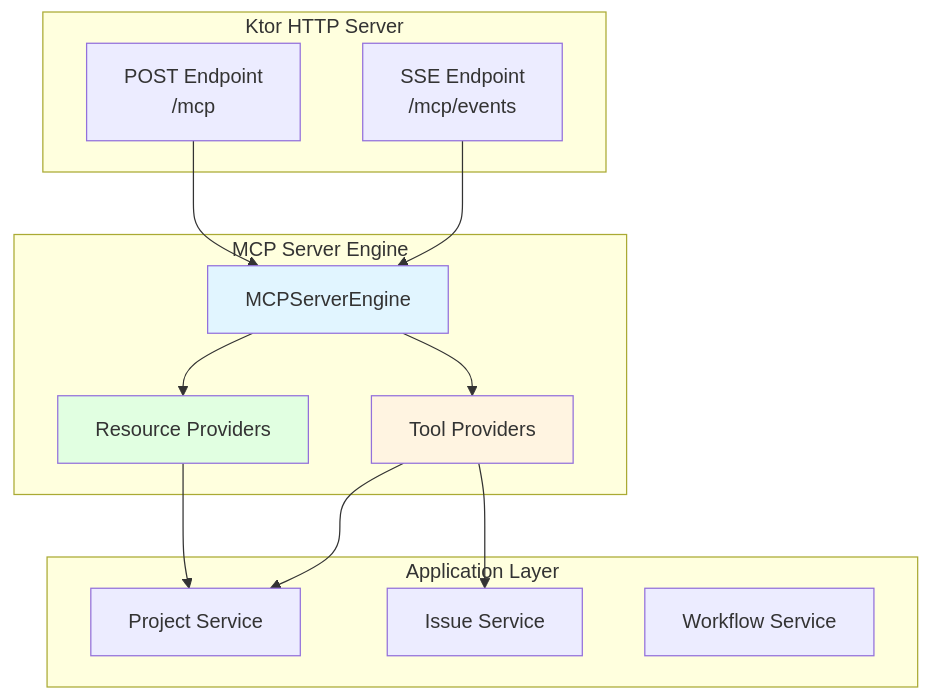
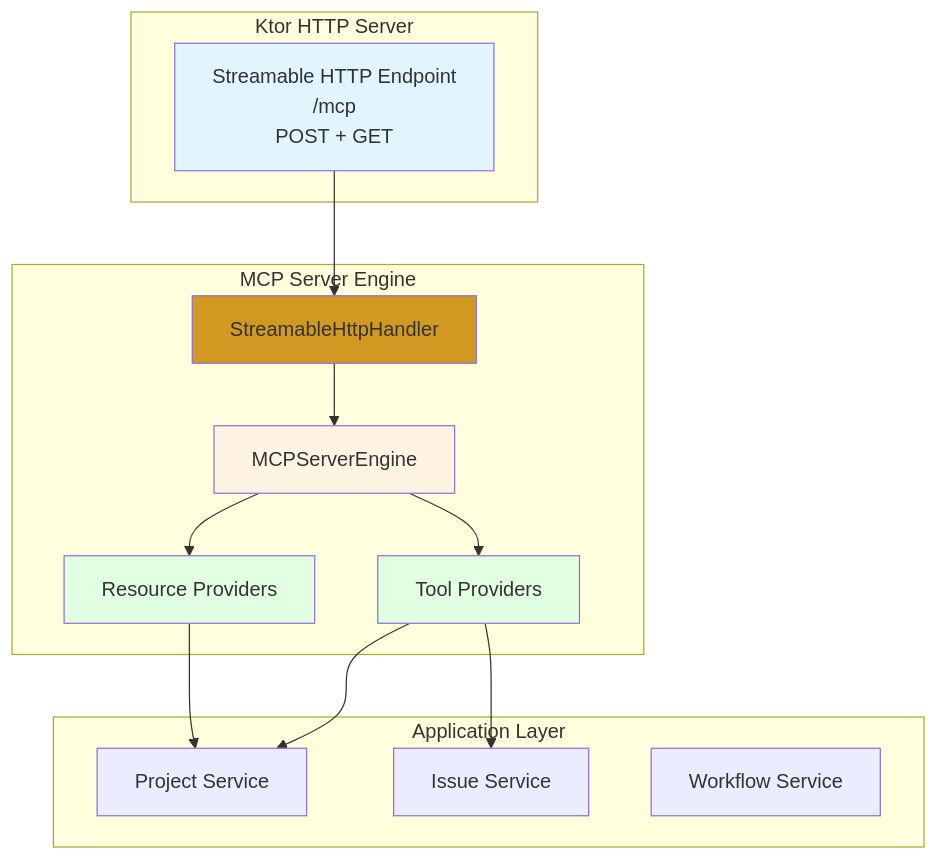
One commit to spiralhouse/cycletime changed the second of 3 diagrams in docs/guides/development/mcp-development.md. Above: the diagram before and after it, drawn with Mermaid. The commit also changed other lines of this file and 8 other files, not shown here.

First line of the commit message:
docs: update all SSE transport references to Streamable HTTP (SPI-763)

````diff
--- a/docs/guides/development/mcp-development.md
+++ b/docs/guides/development/mcp-development.md
@@ -94,31 +94,33 @@
 ```mermaid
 graph TB
     subgraph "Ktor HTTP Server"
-        SSE[SSE Endpoint<br/>/mcp/events]
-        POST[POST Endpoint<br/>/mcp]
+        Endpoint[Streamable HTTP Endpoint<br/>/mcp<br/>POST + GET]
     end
 
     subgraph "MCP Server Engine"
+        Handler[StreamableHttpHandler]
         Engine[MCPServerEngine]
         ToolProviders[Tool Providers]
         ResourceProviders[Resource Providers]
     end
 
     subgraph "Application Layer"
         ProjectService[Project Service]
         IssueService[Issue Service]
         WorkflowService[Workflow Service]
     end
 
-    SSE --> Engine
-    POST --> Engine
+    Endpoint --> Handler
+    Handler --> Engine
     Engine --> ToolProviders
     Engine --> ResourceProviders
     ToolProviders --> ProjectService
     ToolProviders --> IssueService
     ResourceProviders --> ProjectService
 
-    style Engine fill:#e1f5ff
-    style ToolProviders fill:#fff4e1
+    style Endpoint fill:#e1f5ff
+    style Handler fill:#d29922
+    style Engine fill:#fff4e1
+    style ToolProviders fill:#e1ffe1
     style ResourceProviders fill:#e1ffe1
 ```
````
